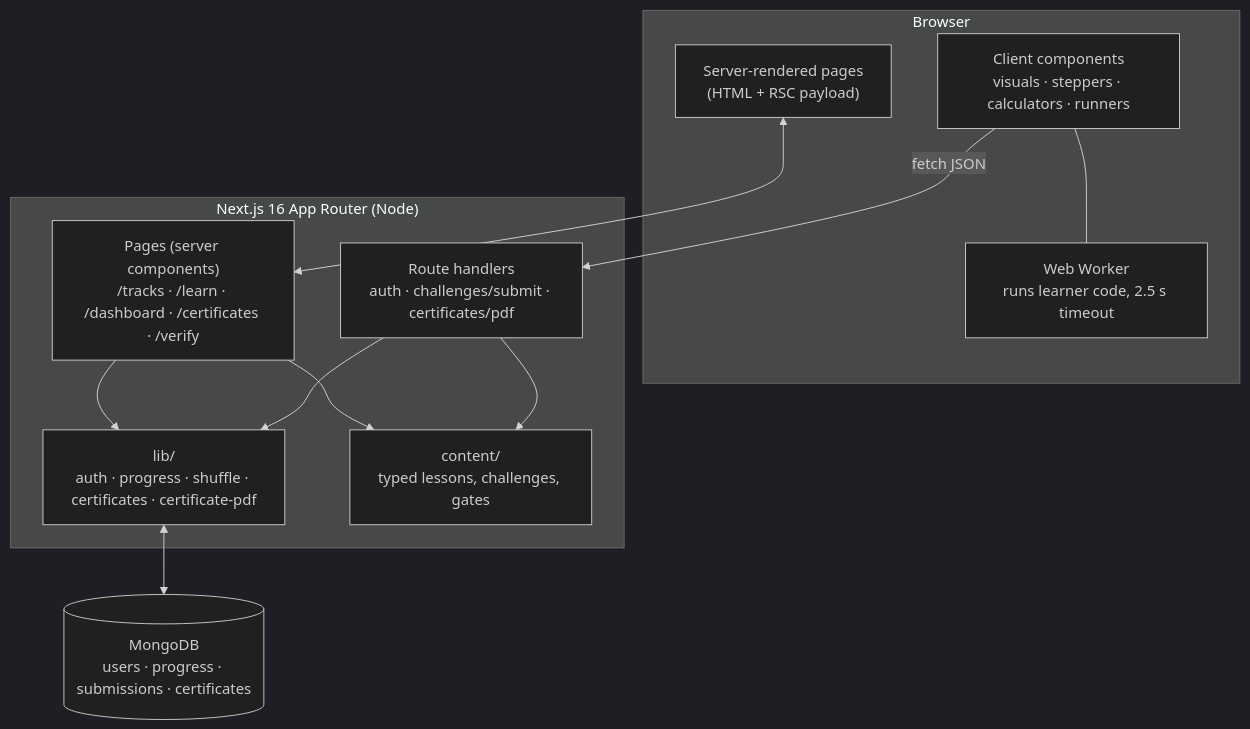
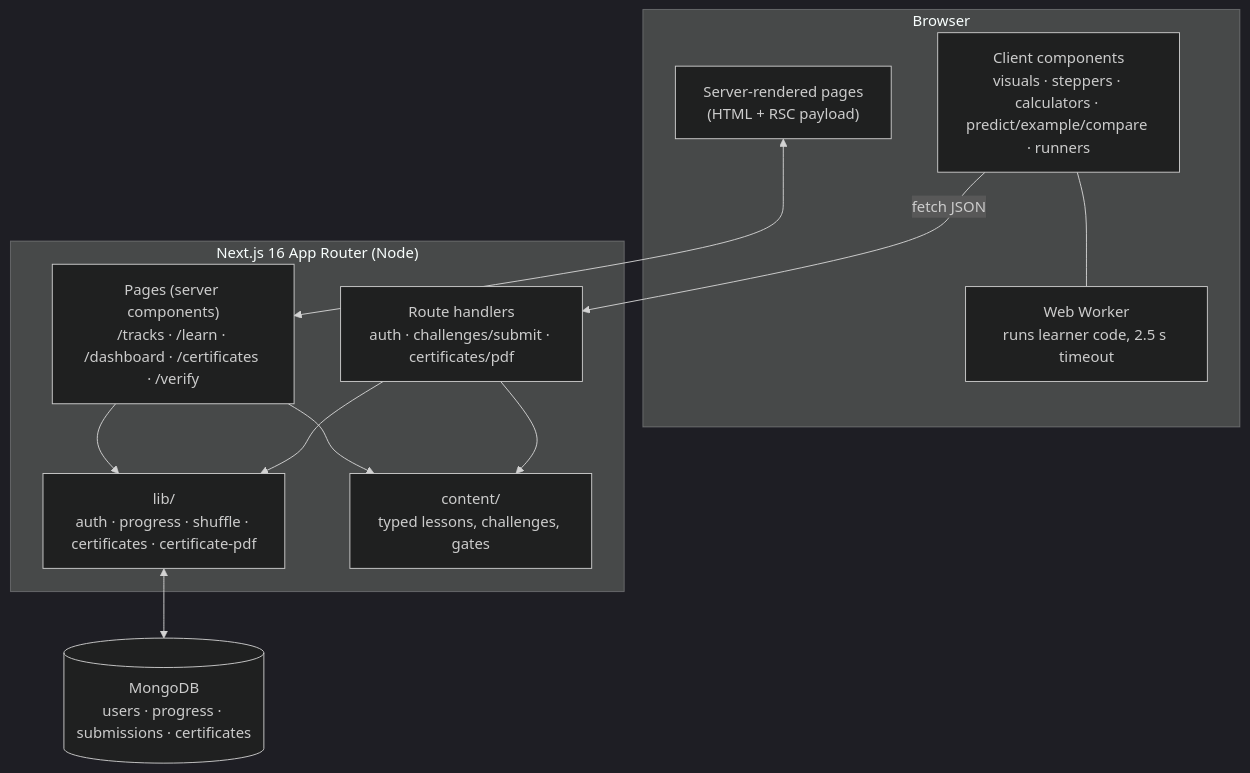
Before and after one commit to sairaghukiran14/AIEM: the second of 5 diagrams in README.md, drawn with Mermaid (dark theme). The commit also changed other lines of this file and 17 other files, not shown here.

First line of the commit message:
feat: add predict, worked-example and compare practice blocks to every lesson

````diff
--- a/README.md
+++ b/README.md
@@ -140,26 +141,26 @@
 ```mermaid
 flowchart TB
     subgraph Browser
         RSC["Server-rendered pages<br/>(HTML + RSC payload)"]
-        CC["Client components<br/>visuals · steppers · calculators · runners"]
+        CC["Client components<br/>visuals · steppers · calculators · predict/example/compare · runners"]
         WW["Web Worker<br/>runs learner code, 2.5 s timeout"]
     end
 
     subgraph Next["Next.js 16 App Router (Node)"]
         PG["Pages (server components)<br/>/tracks · /learn · /dashboard · /certificates · /verify"]
         API["Route handlers<br/>auth · challenges/submit · certificates/pdf"]
         LIB["lib/<br/>auth · progress · shuffle · certificates · certificate-pdf"]
         CONTENT["content/<br/>typed lessons, challenges, gates"]
     end
 
     DB[("MongoDB<br/>users · progress · submissions · certificates")]
 
     RSC <--> PG
     CC -- "fetch JSON" --> API
     CC --- WW
     PG --> LIB
     API --> LIB
     PG --> CONTENT
     API --> CONTENT
     LIB <--> DB
 ```
````
